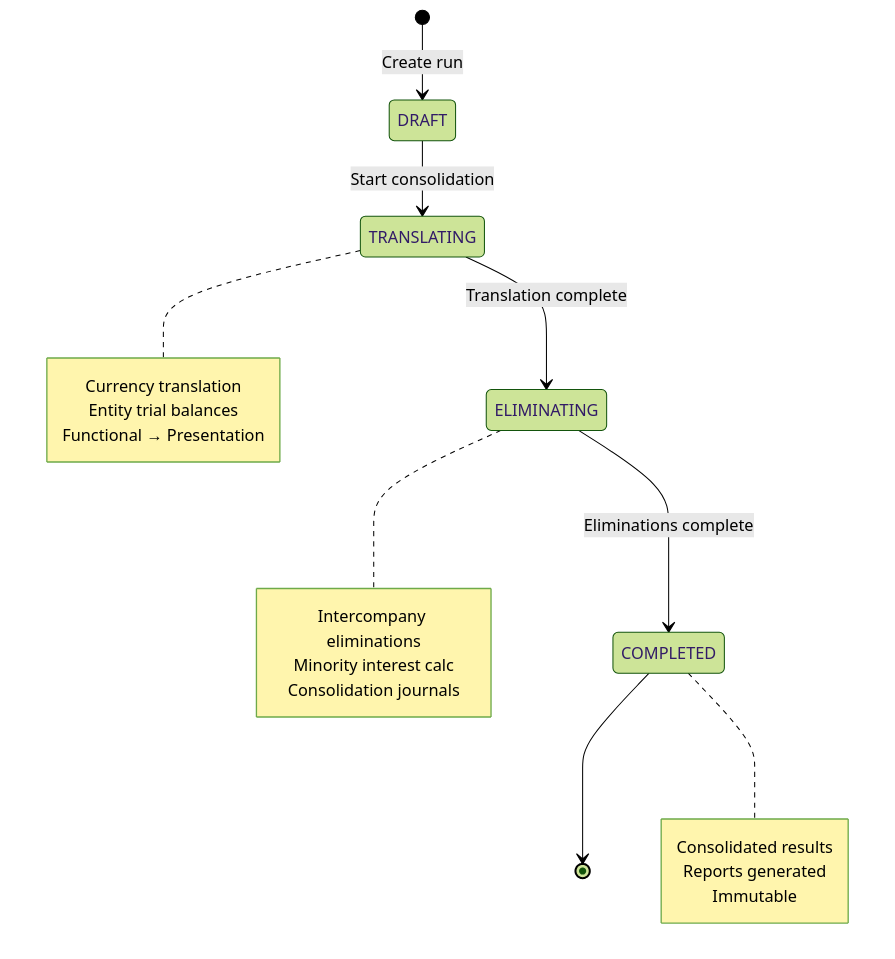
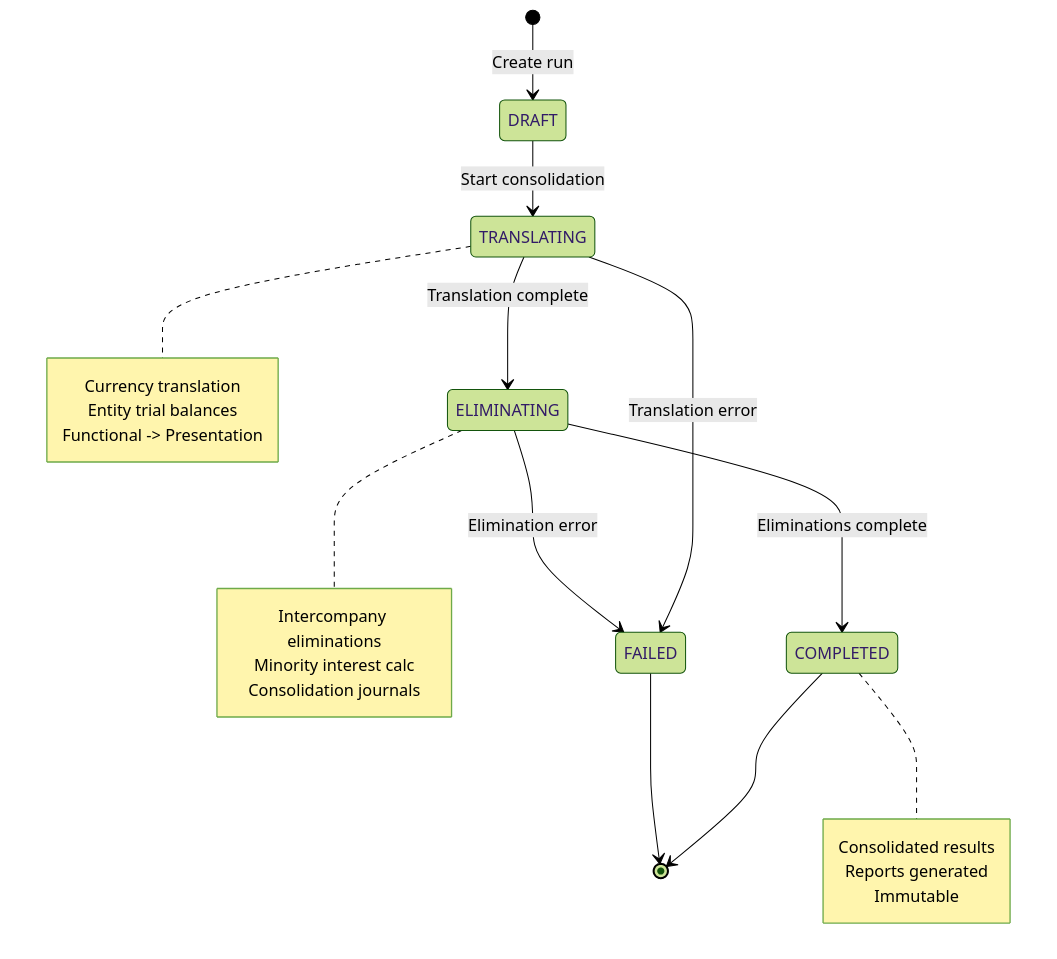
One commit to openleap-io/io.openleap.dev.spec changed the fifth of 8 diagrams in T3_Domains/FI/domain-specs/ext/fi_cnsl-spec.md. Above: the diagram before and after it, drawn with Mermaid (forest theme). The commit also changed other lines of this file and 54 other files, not shown here.

````diff
--- a/T3_Domains/FI/domain-specs/ext/fi_cnsl-spec.md
+++ b/T3_Domains/FI/domain-specs/ext/fi_cnsl-spec.md
@@ -365,26 +577,29 @@
 ```mermaid
 stateDiagram-v2
     [*] --> DRAFT : Create run
     DRAFT --> TRANSLATING : Start consolidation
     TRANSLATING --> ELIMINATING : Translation complete
     ELIMINATING --> COMPLETED : Eliminations complete
+    TRANSLATING --> FAILED : Translation error
+    ELIMINATING --> FAILED : Elimination error
     COMPLETED --> [*]
+    FAILED --> [*]
     
     note right of TRANSLATING
         Currency translation
         Entity trial balances
-        Functional → Presentation
+        Functional -> Presentation
     end note
     
     note right of ELIMINATING
         Intercompany eliminations
         Minority interest calc
         Consolidation journals
     end note
     
     note right of COMPLETED
         Consolidated results
         Reports generated
         Immutable
     end note
 ```
````
